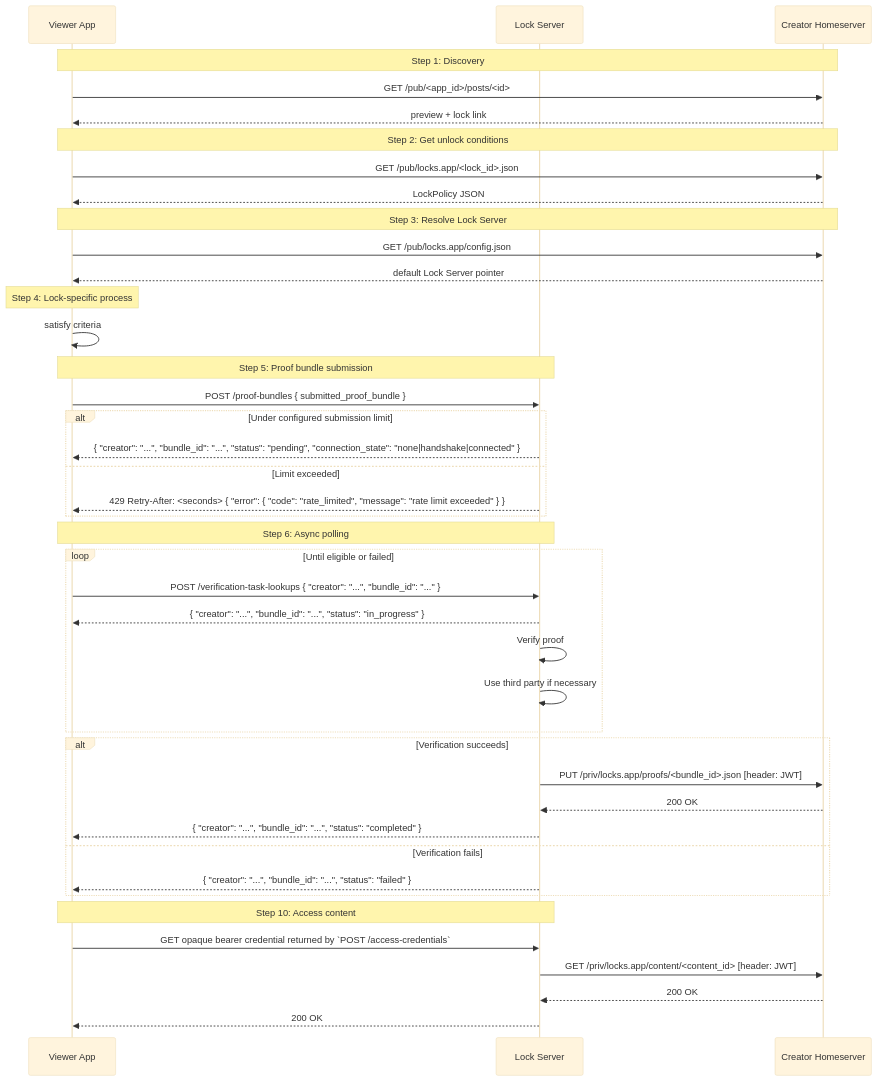
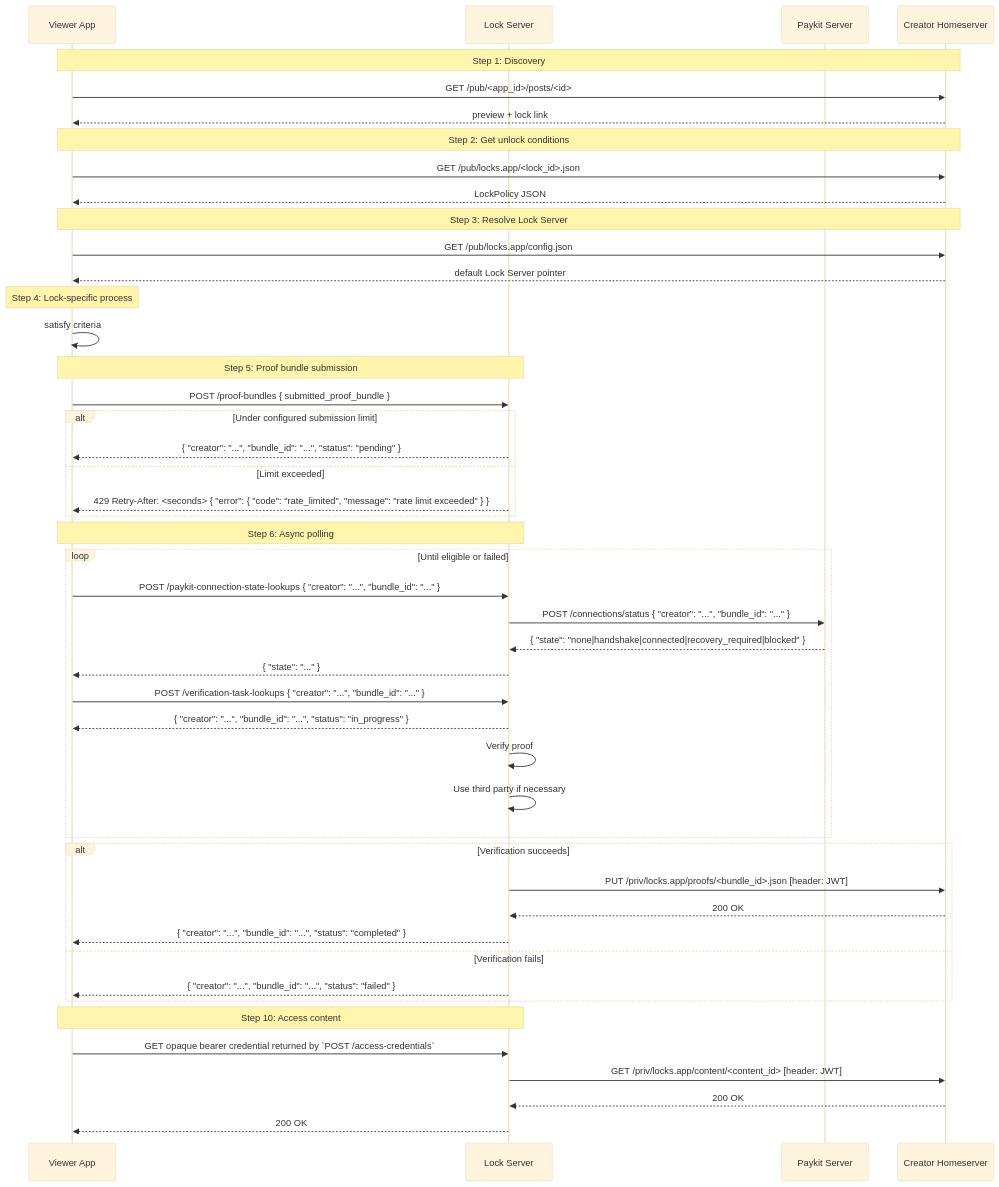
The second of 2 diagrams in README.md (pubky/locks), drawn with Mermaid (base theme) before and after one commit. The commit also changed other lines of this file and 22 other files, not shown here.

````diff
--- a/README.md
+++ b/README.md
@@ -350,51 +350,56 @@
 ```mermaid
 sequenceDiagram
   participant V as Viewer App
   participant L as Lock Server
+  participant P as Paykit Server
   participant H as Creator Homeserver
 
   Note over V,H: Step 1: Discovery
   V->>H: GET /pub/<app_id>/posts/<id>
   H-->>V: preview + lock link
 
   Note over V,H: Step 2: Get unlock conditions
   V->>H: GET /pub/locks.app/<lock_id>.json
   H-->>V: LockPolicy JSON
 
   Note over V,H: Step 3: Resolve Lock Server
   V->>H: GET /pub/locks.app/config.json
   H-->>V: default Lock Server pointer
 
   Note over V,V: Step 4: Lock-specific process
   V->>V: satisfy criteria
 
   Note over V,L: Step 5: Proof bundle submission
   V->>L: POST /proof-bundles { submitted_proof_bundle }
   alt Under configured submission limit
-    L-->>V: { "creator": "...", "bundle_id": "...", "status": "pending", "connection_state": "none|handshake|connected" }
+    L-->>V: { "creator": "...", "bundle_id": "...", "status": "pending" }
   else Limit exceeded
     L-->>V: 429 Retry-After: <seconds> { "error": { "code": "rate_limited", "message": "rate limit exceeded" } }
   end
 
   Note over V,L: Step 6: Async polling
   loop Until eligible or failed
+    V->>L: POST /paykit-connection-state-lookups { "creator": "...", "bundle_id": "..." }
+    L->>P: POST /connections/status { "creator": "...", "bundle_id": "..." }
+    P-->>L: { "state": "none|handshake|connected|recovery_required|blocked" }
+    L-->>V: { "state": "..." }
     V->>L: POST /verification-task-lookups { "creator": "...", "bundle_id": "..." }
     L-->>V: { "creator": "...", "bundle_id": "...", "status": "in_progress" }
     L->>L: Verify proof
     L->>L: Use third party if necessary
   end
 
   alt Verification succeeds
     L->>H: PUT /priv/locks.app/proofs/<bundle_id>.json [header: JWT]
     H-->>L: 200 OK
     L-->>V: { "creator": "...", "bundle_id": "...", "status": "completed" }
   else Verification fails
     L-->>V: { "creator": "...", "bundle_id": "...", "status": "failed" }
   end
 
   Note over V,L: Step 10: Access content
   V->>L: GET opaque bearer credential returned by `POST /access-credentials`
   L->>H: GET /priv/locks.app/content/<content_id> [header: JWT]
   H-->>L: 200 OK
   L-->>V: 200 OK
 ```
````
